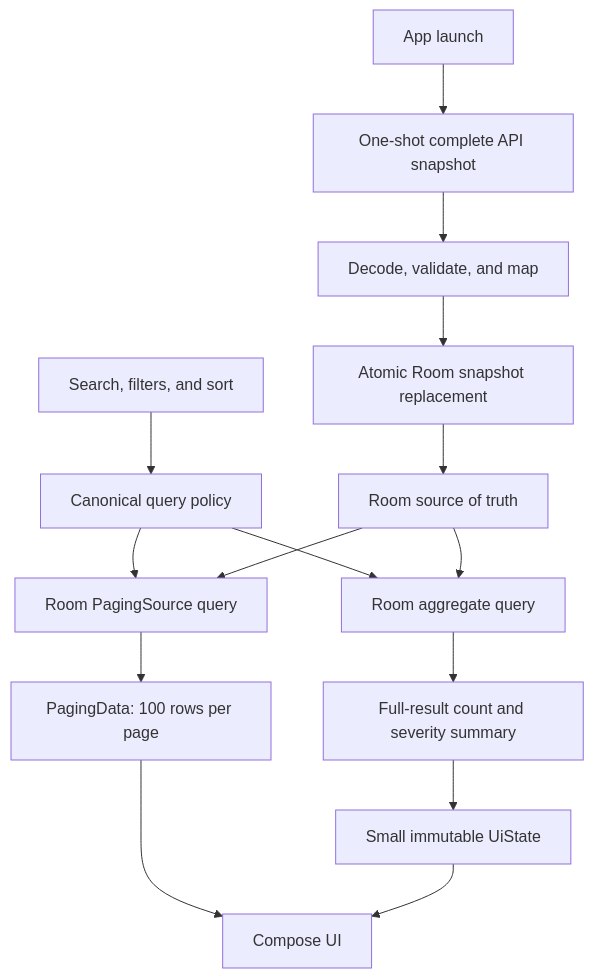
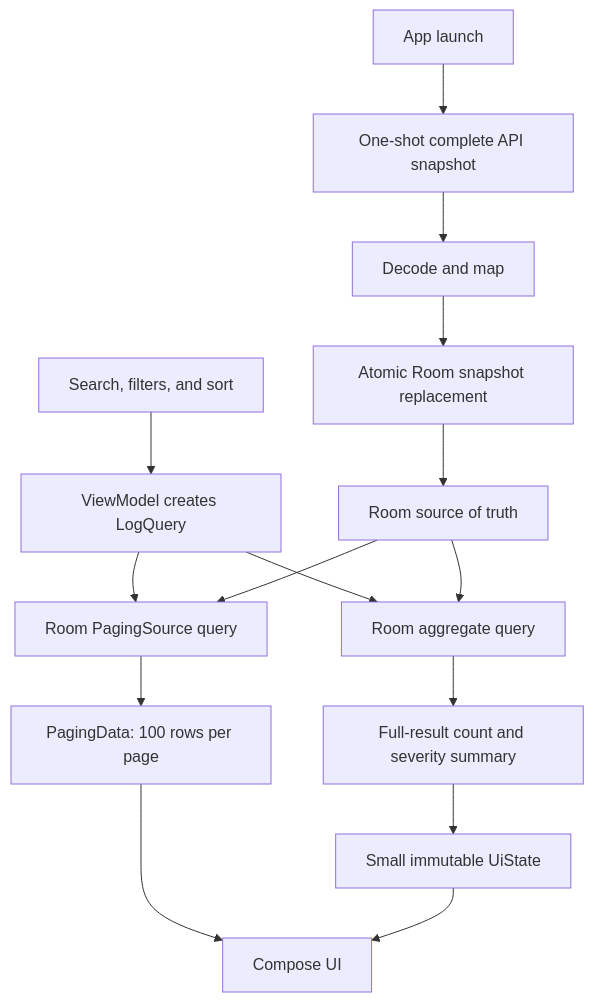
One commit to JOkeryyyy/FGFChallenge changed the diagram in documentation/implementationRoadMap.md. Above: the diagram before and after it, drawn with Mermaid. The commit also changed other lines of this file and 27 other files, not shown here.

First line of the commit message:
### 7. Room source of truth and reusable query engine

````diff
--- a/documentation/implementationRoadMap.md
+++ b/documentation/implementationRoadMap.md
@@ -29,19 +29,19 @@
 ```mermaid
 flowchart TD
     START["App launch"] --> REMOTE["One-shot complete API snapshot"]
-    REMOTE --> VALIDATE["Decode, validate, and map"]
-    VALIDATE --> REPLACE["Atomic Room snapshot replacement"]
+    REMOTE --> MAP["Decode and map"]
+    MAP --> REPLACE["Atomic Room snapshot replacement"]
     REPLACE --> ROOM["Room source of truth"]
 
-    INPUT["Search, filters, and sort"] --> DOMAIN["Canonical query policy"]
-    DOMAIN --> PAGE_QUERY["Room PagingSource query"]
-    DOMAIN --> SUMMARY_QUERY["Room aggregate query"]
+    INPUT["Search, filters, and sort"] --> VIEWMODEL["ViewModel creates LogQuery"]
+    VIEWMODEL --> PAGE_QUERY["Room PagingSource query"]
+    VIEWMODEL --> SUMMARY_QUERY["Room aggregate query"]
     ROOM --> PAGE_QUERY
     ROOM --> SUMMARY_QUERY
 
     PAGE_QUERY --> PAGING["PagingData: 100 rows per page"]
     SUMMARY_QUERY --> SUMMARY["Full-result count and severity summary"]
     PAGING --> UI["Compose UI"]
     SUMMARY --> STATE["Small immutable UiState"]
     STATE --> UI
 ```
````
